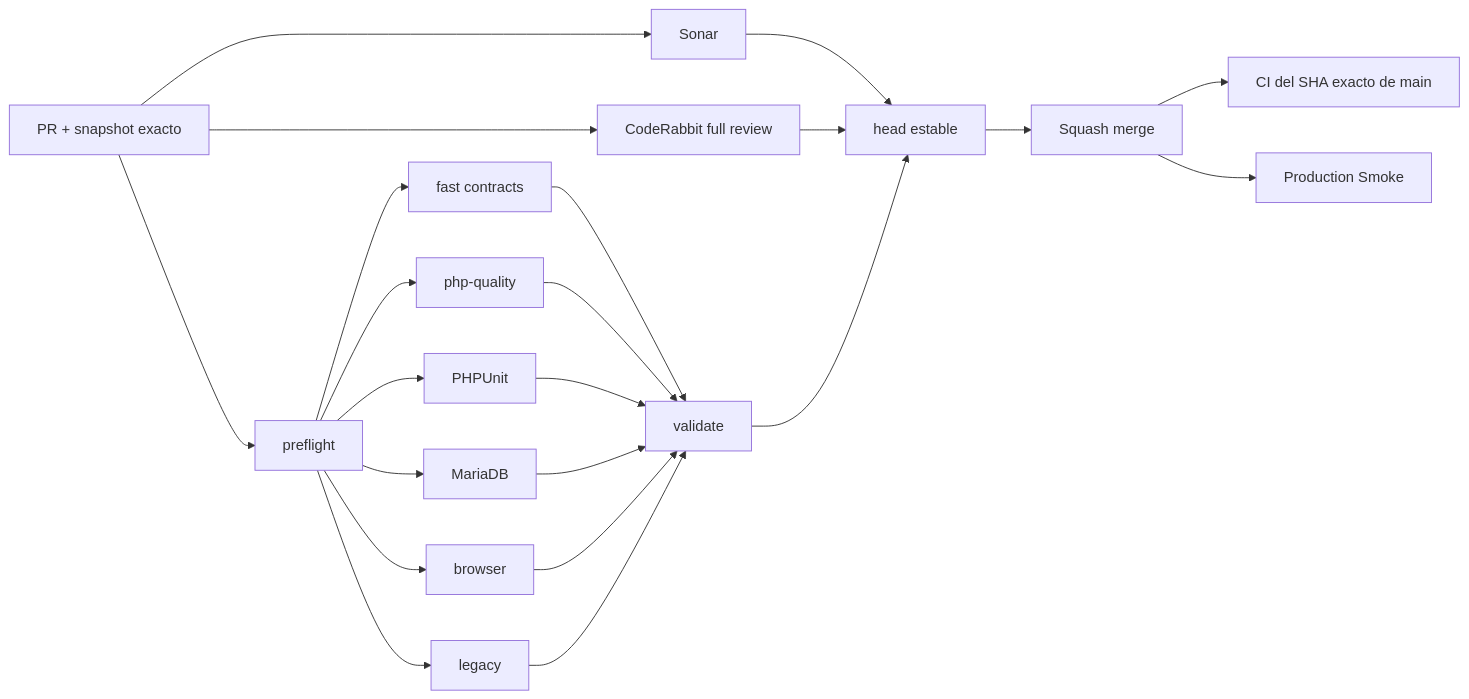
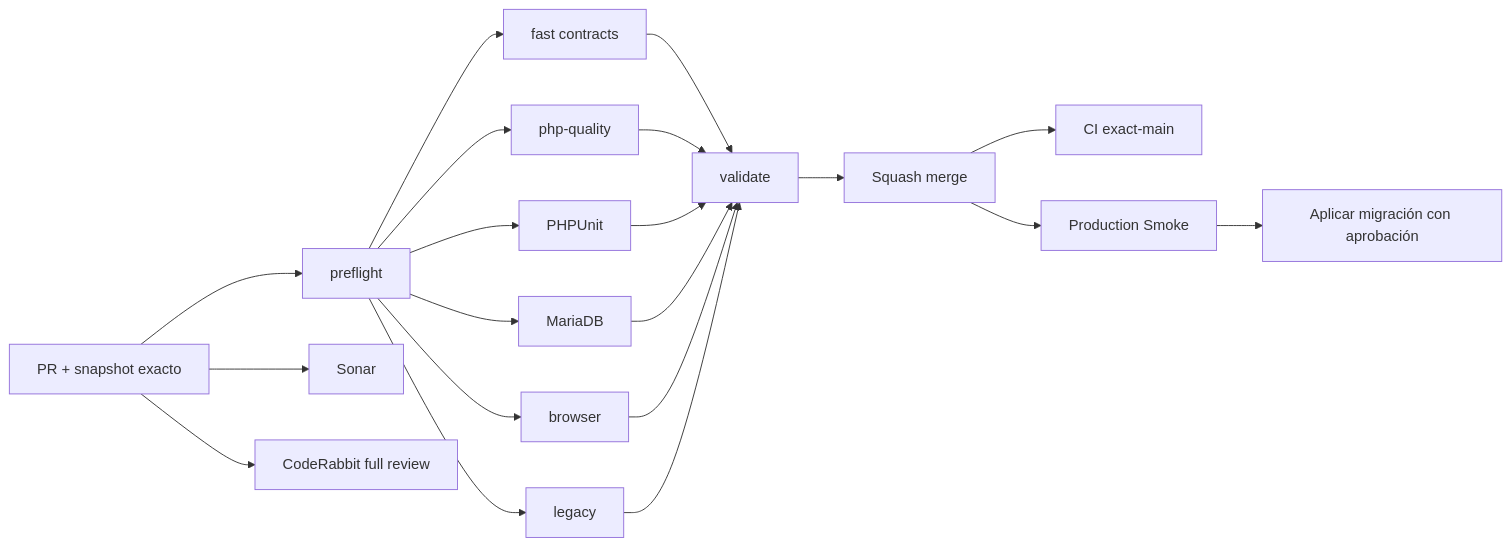
Before and after one commit to drpipe1098-commits/GrindFlow: the diagram in README.md, drawn with Mermaid. The commit also changed other lines of this file, not shown here.

````diff
--- a/README.md
+++ b/README.md
@@ -46,24 +46,22 @@
 ```mermaid
 flowchart LR
     A["PR + snapshot exacto"] --> P["preflight"]
     P --> F["fast contracts"]
     P --> Q["php-quality"]
     P --> T["PHPUnit"]
     P --> D["MariaDB"]
     P --> B["browser"]
     P --> L["legacy"]
     A --> S["Sonar"]
     A --> C["CodeRabbit full review"]
     F --> V["validate"]
     Q --> V
     T --> V
     D --> V
     B --> V
     L --> V
-    S --> H["head estable"]
-    C --> H
-    V --> H
-    H --> M["Squash merge"]
-    M --> X["CI del SHA exacto de main"]
+    V --> M["Squash merge"]
+    M --> X["CI exact-main"]
     M --> R["Production Smoke"]
+    R --> G["Aplicar migración con aprobación"]
 ```
````
